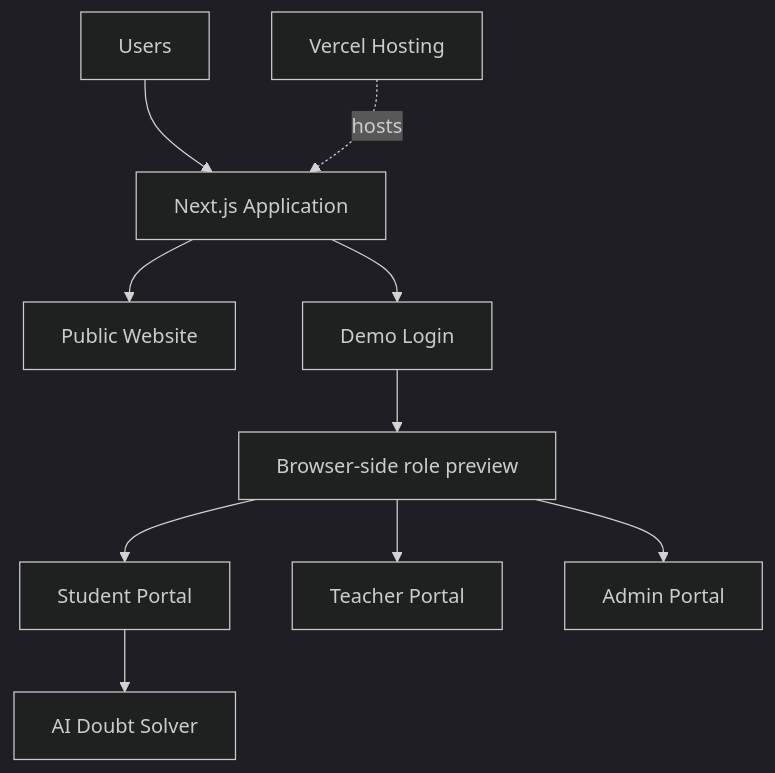
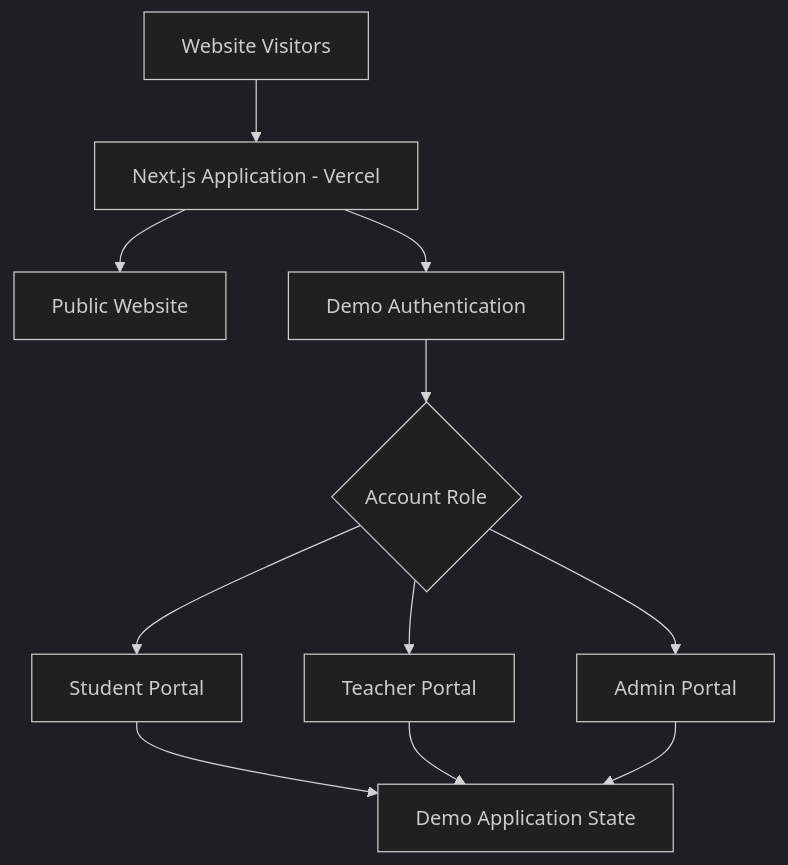
Before and after one commit to 9harshithp/talent-tuition-center: the first of 5 diagrams in README.md, drawn with Mermaid (dark theme). The commit also changed other lines of this file, not shown here.

First line of the commit message:
Revise system architecture and portal navigation details

````diff
--- a/README.md
+++ b/README.md
@@ -101,12 +102,15 @@
 ```mermaid
-flowchart TD
-    U["Users"] --> W["Next.js Application"]
-    W --> P["Public Website"]
-    W --> L["Demo Login"]
-    L --> R["Browser-side role preview"]
+flowchart TB
+    U["Website Visitors"] --> F["Next.js Application - Vercel"]
+    F --> W["Public Website"]
+    F --> L["Demo Authentication"]
+
+    L --> R{"Account Role"}
     R --> S["Student Portal"]
     R --> T["Teacher Portal"]
     R --> A["Admin Portal"]
-    S --> AI["AI Doubt Solver"]
-    V["Vercel Hosting"] -. hosts .-> W
+
+    S --> D["Demo Application State"]
+    T --> D
+    A --> D
 ```
````
